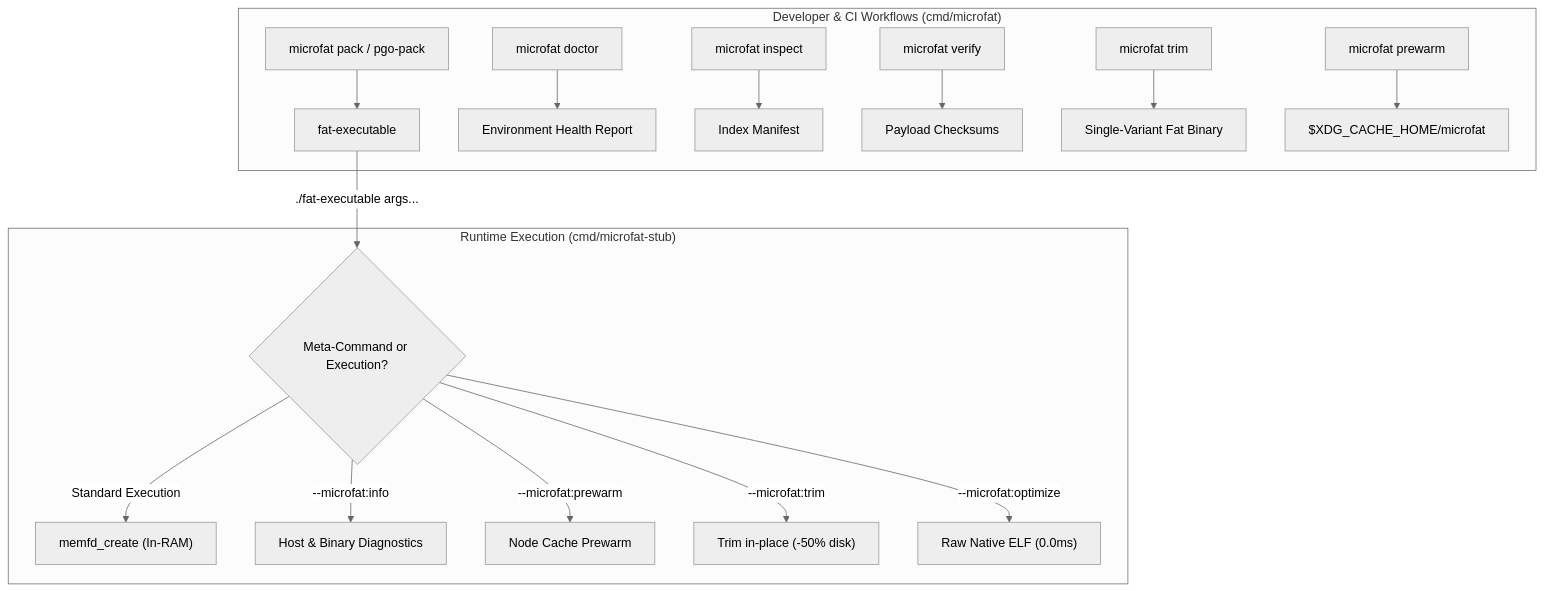
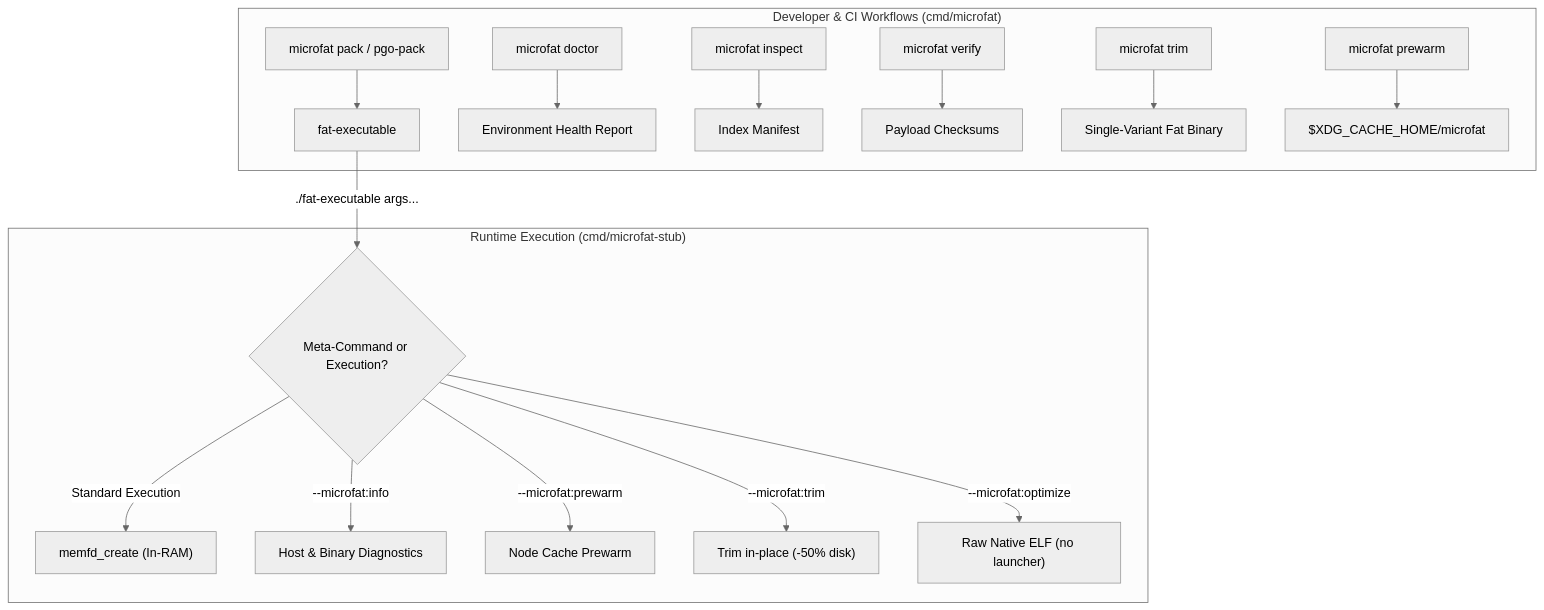
Before and after one commit to EpicBlackWolfZ/microfat: the diagram in docs/cli-reference.md, drawn with Mermaid (neutral theme). The commit also changed other lines of this file and 14 other files, not shown here.

````diff
--- a/docs/cli-reference.md
+++ b/docs/cli-reference.md
@@ -18,20 +18,20 @@
 ```mermaid
 flowchart TD
     subgraph DeveloperWorkflows ["Developer & CI Workflows (cmd/microfat)"]
         A["microfat pack / pgo-pack"] --> Fat["fat-executable"]
         B["microfat doctor"] --> Diag["Environment Health Report"]
         C["microfat inspect"] --> Manifest["Index Manifest"]
         D["microfat verify"] --> Integrity["Payload Checksums"]
         E["microfat trim"] --> Trimmed["Single-Variant Fat Binary"]
         F["microfat prewarm"] --> PrewarmedCache["$XDG_CACHE_HOME/microfat"]
     end
 
     subgraph RuntimeDispatches ["Runtime Execution (cmd/microfat-stub)"]
         Fat -->|./fat-executable args...| Dispatch{"Meta-Command or Execution?"}
         Dispatch -->|Standard Execution| RAM["memfd_create (In-RAM)"]
         Dispatch -->|--microfat:info| Info["Host & Binary Diagnostics"]
         Dispatch -->|--microfat:prewarm| Cache["Node Cache Prewarm"]
         Dispatch -->|--microfat:trim| InPlaceTrim["Trim in-place (-50% disk)"]
-        Dispatch -->|--microfat:optimize| NativeELF["Raw Native ELF (0.0ms)"]
+        Dispatch -->|--microfat:optimize| NativeELF["Raw Native ELF (no launcher)"]
     end
 ```
````
